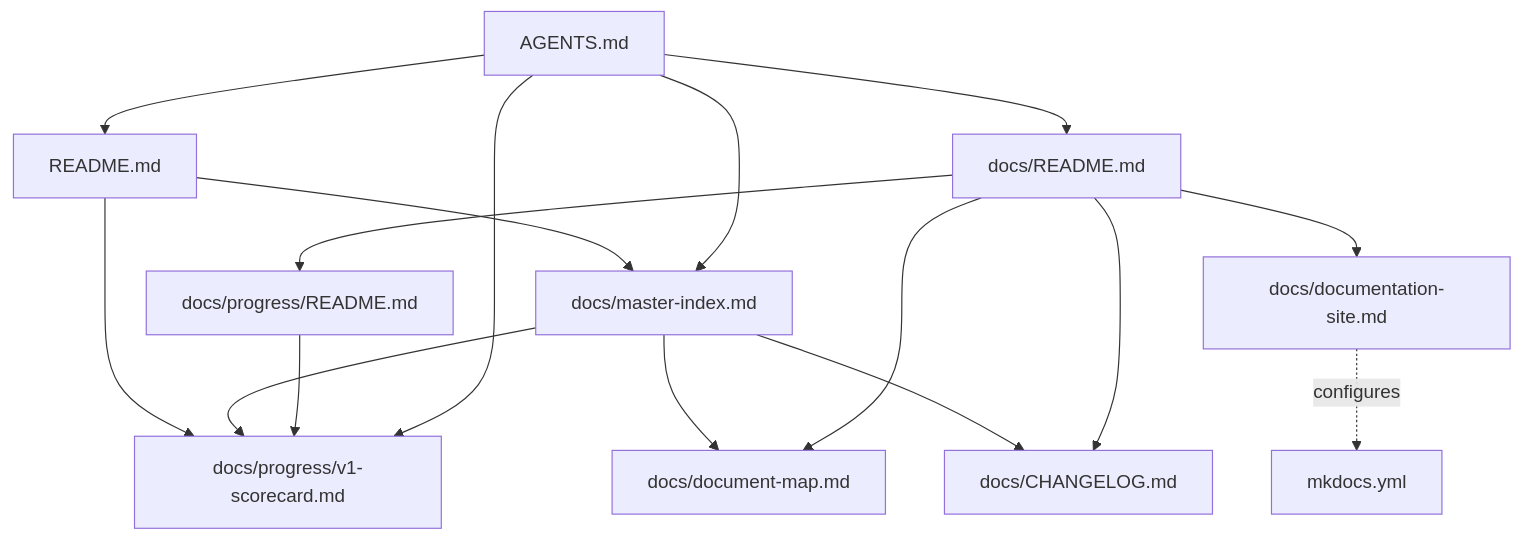
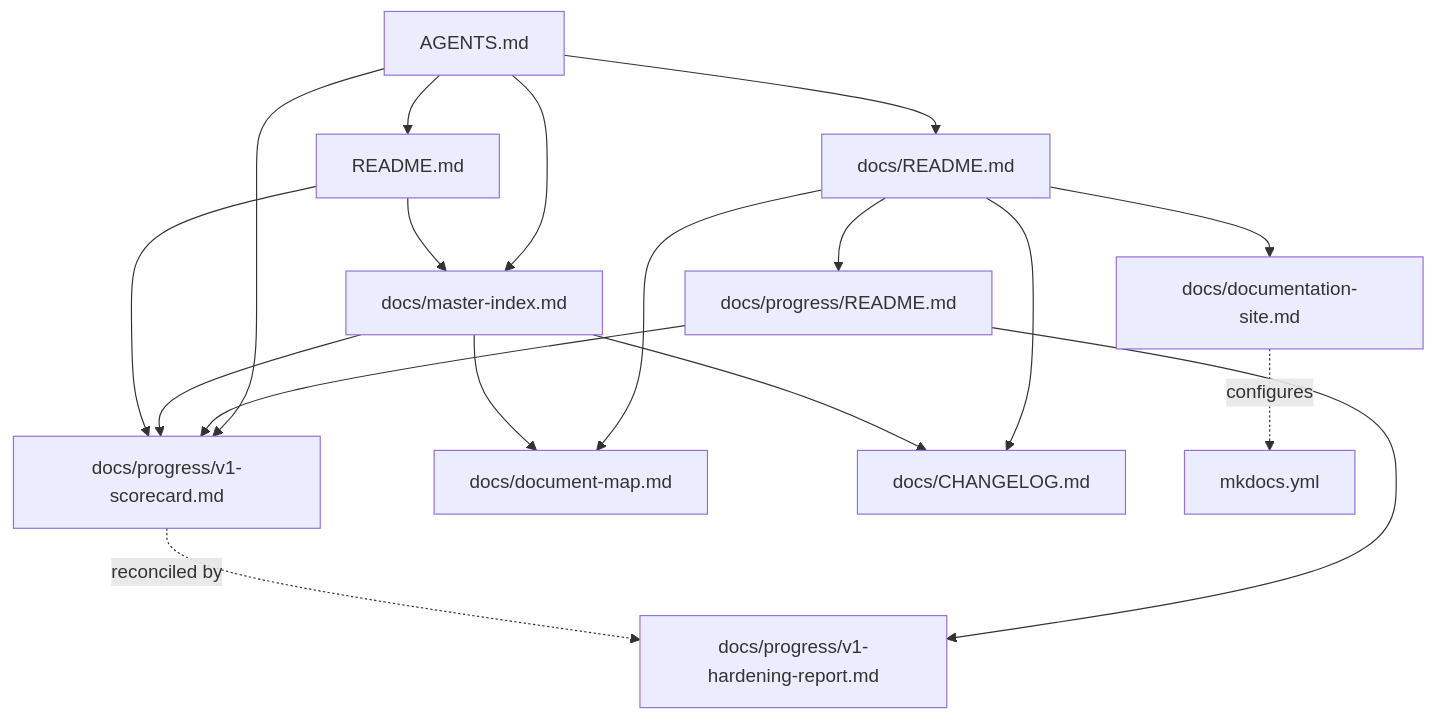
Before and after one commit to AI-DSOS/AI-Data-Science-Operating-System: the first of 7 diagrams in docs/document-map.md, drawn with Mermaid. The commit also changed 13 other files, not shown here.

````diff
--- a/docs/document-map.md
+++ b/docs/document-map.md
@@ -28,22 +28,24 @@
 ```mermaid
 graph TD
     AGENTS[AGENTS.md] --> README[README.md]
     AGENTS --> DocsReadme[docs/README.md]
     AGENTS --> MasterIndex[docs/master-index.md]
     AGENTS --> Scorecard[docs/progress/v1-scorecard.md]
 
     DocsReadme --> ProgressReadme[docs/progress/README.md]
     DocsReadme --> DocMap[docs/document-map.md]
     DocsReadme --> Changelog[docs/CHANGELOG.md]
 
     ProgressReadme --> Scorecard
+    ProgressReadme --> HardeningReport[docs/progress/v1-hardening-report.md]
+    Scorecard -.reconciled by.-> HardeningReport
 
     MasterIndex --> DocMap
     MasterIndex --> Scorecard
     MasterIndex --> Changelog
     DocsReadme --> DocSite[docs/documentation-site.md]
     DocSite -.configures.-> MkdocsYml[mkdocs.yml]
 
     README --> MasterIndex
     README --> Scorecard
 ```
````
